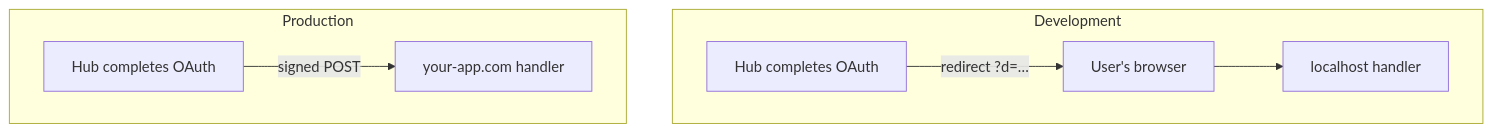
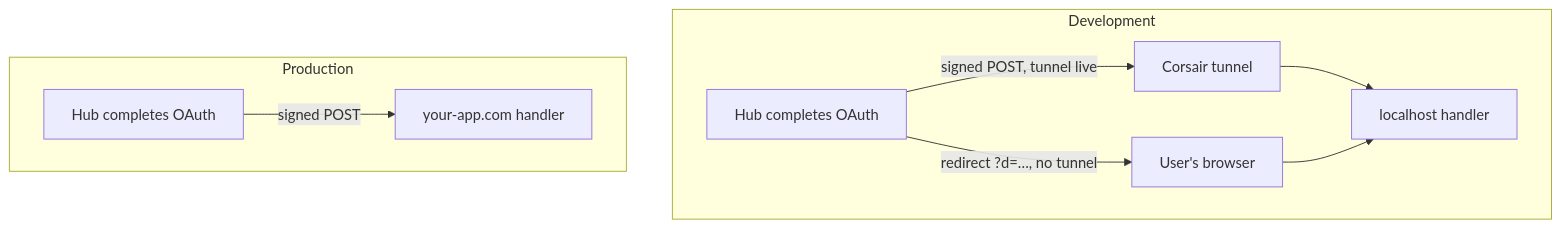
The diagram in docs/hub/environments.mdx (corsairdev/corsair), drawn with Mermaid before and after one commit. The commit also changed other lines of this file and 116 other files, not shown here.

````diff
--- a/docs/hub/environments.mdx
+++ b/docs/hub/environments.mdx
@@ -82,16 +82,19 @@
 ```mermaid
 flowchart TB
     subgraph dev [Development]
         H1[Hub completes OAuth]
+        T1[Corsair tunnel]
         B1[User's browser]
         L[localhost handler]
-        H1 -->|redirect ?d=…| B1
+        H1 -->|signed POST, tunnel live| T1
+        T1 --> L
+        H1 -->|redirect ?d=…, no tunnel| B1
         B1 --> L
     end
 
     subgraph prod [Production]
         H2[Hub completes OAuth]
         A[your-app.com handler]
         H2 -->|signed POST| A
     end
 ```
````
